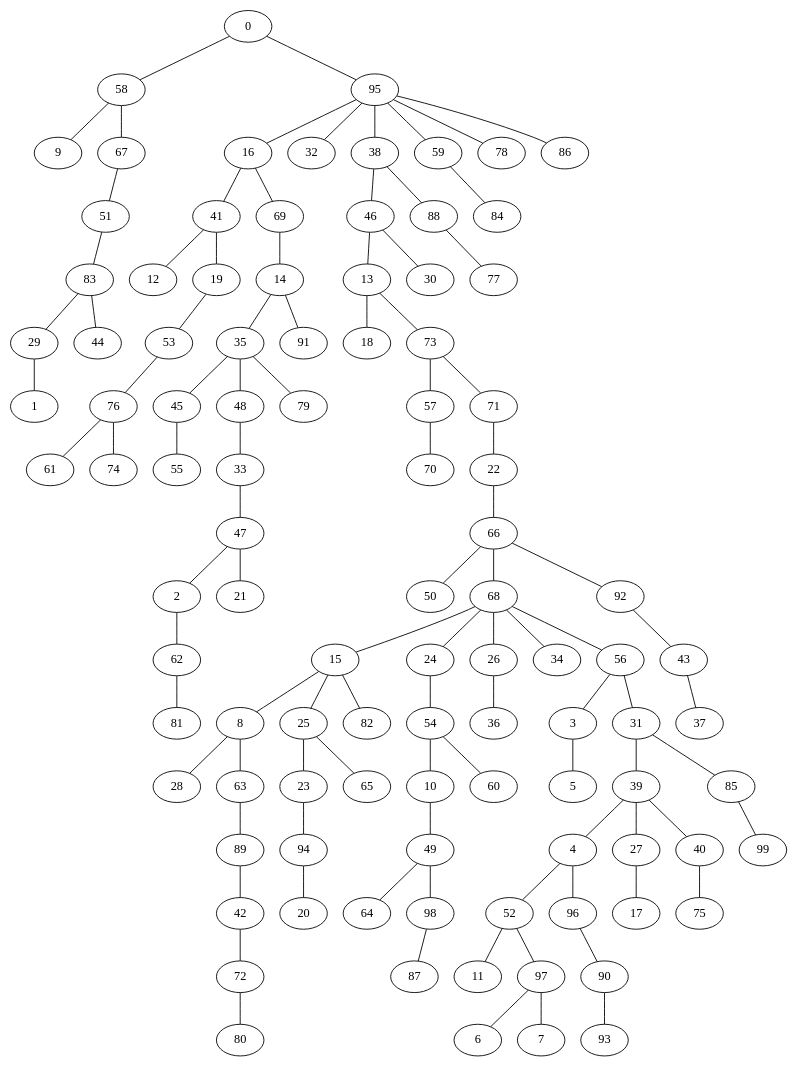
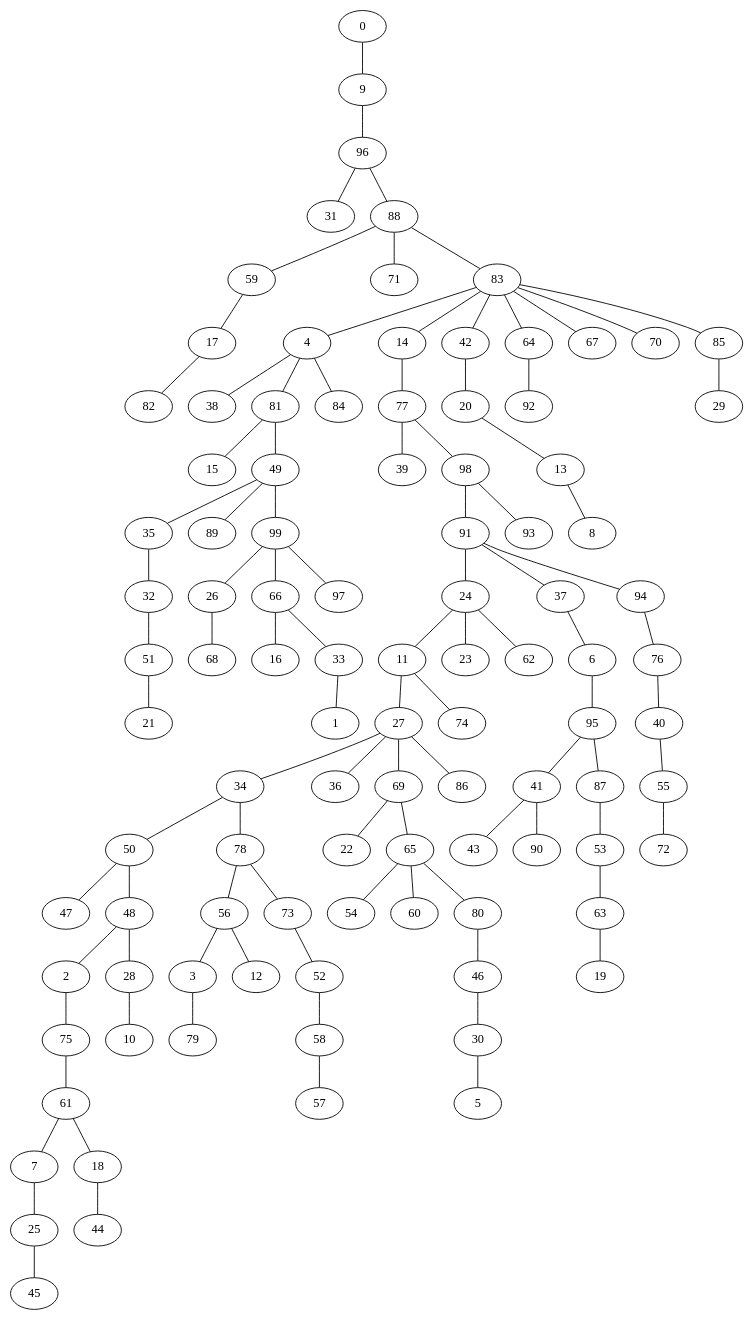
Before and after one commit to VillegasGG/greedy-firefighter-problem: the diagram in pygrapghviz.dot, drawn with Graphviz. The commit also changed 3 other files, not shown here.

```diff
--- a/pygrapghviz.dot
+++ b/pygrapghviz.dot
@@ -1,101 +1,101 @@
 strict graph "" {
-	0 -- 58;
-	0 -- 95;
-	58 -- 9;
-	58 -- 67;
-	95 -- 16;
-	95 -- 32;
-	95 -- 38;
-	95 -- 59;
-	95 -- 78;
-	95 -- 86;
-	16 -- 41;
-	16 -- 69;
-	38 -- 46;
-	38 -- 88;
-	59 -- 84;
-	46 -- 13;
+	0 -- 9;
+	9 -- 96;
+	96 -- 31;
+	96 -- 88;
+	88 -- 59;
+	88 -- 71;
+	88 -- 83;
+	59 -- 17;
+	83 -- 4;
+	83 -- 14;
+	83 -- 42;
+	83 -- 64;
+	83 -- 67;
+	83 -- 70;
+	83 -- 85;
+	4 -- 38;
+	4 -- 81;
+	4 -- 84;
+	14 -- 77;
+	42 -- 20;
+	64 -- 92;
+	85 -- 29;
+	20 -- 13;
+	13 -- 8;
+	77 -- 39;
+	77 -- 98;
+	98 -- 91;
+	98 -- 93;
+	91 -- 24;
+	91 -- 37;
+	91 -- 94;
+	24 -- 11;
+	24 -- 23;
+	24 -- 62;
+	37 -- 6;
+	94 -- 76;
+	76 -- 40;
+	40 -- 55;
+	55 -- 72;
+	6 -- 95;
+	95 -- 41;
+	95 -- 87;
+	41 -- 43;
+	41 -- 90;
+	87 -- 53;
+	53 -- 63;
+	63 -- 19;
+	11 -- 27;
+	11 -- 74;
+	27 -- 34;
+	27 -- 36;
+	27 -- 69;
+	27 -- 86;
+	34 -- 50;
+	34 -- 78;
+	69 -- 22;
+	69 -- 65;
+	65 -- 54;
+	65 -- 60;
+	65 -- 80;
+	80 -- 46;
 	46 -- 30;
-	88 -- 77;
-	13 -- 18;
-	13 -- 73;
-	73 -- 57;
-	73 -- 71;
-	57 -- 70;
-	71 -- 22;
-	22 -- 66;
-	66 -- 50;
-	66 -- 68;
-	66 -- 92;
-	68 -- 15;
-	68 -- 24;
-	68 -- 26;
-	68 -- 34;
-	68 -- 56;
-	92 -- 43;
-	43 -- 37;
-	15 -- 8;
-	15 -- 25;
-	15 -- 82;
-	24 -- 54;
-	26 -- 36;
+	30 -- 5;
+	50 -- 47;
+	50 -- 48;
+	78 -- 56;
+	78 -- 73;
 	56 -- 3;
-	56 -- 31;
-	3 -- 5;
-	31 -- 39;
-	31 -- 85;
-	39 -- 4;
-	39 -- 27;
-	39 -- 40;
-	85 -- 99;
-	4 -- 52;
-	4 -- 96;
-	27 -- 17;
-	40 -- 75;
-	52 -- 11;
-	52 -- 97;
-	96 -- 90;
-	90 -- 93;
-	97 -- 6;
-	97 -- 7;
-	54 -- 10;
-	54 -- 60;
-	10 -- 49;
-	49 -- 64;
-	49 -- 98;
-	98 -- 87;
-	8 -- 28;
-	8 -- 63;
-	25 -- 23;
-	25 -- 65;
-	23 -- 94;
-	94 -- 20;
-	63 -- 89;
-	89 -- 42;
-	42 -- 72;
-	72 -- 80;
-	41 -- 12;
-	41 -- 19;
-	69 -- 14;
-	14 -- 35;
-	14 -- 91;
-	35 -- 45;
-	35 -- 48;
-	35 -- 79;
-	45 -- 55;
-	48 -- 33;
-	33 -- 47;
-	47 -- 2;
-	47 -- 21;
-	2 -- 62;
-	62 -- 81;
-	19 -- 53;
-	53 -- 76;
-	76 -- 61;
-	76 -- 74;
-	67 -- 51;
-	51 -- 83;
-	83 -- 29;
-	83 -- 44;
-	29 -- 1;
+	56 -- 12;
+	73 -- 52;
+	52 -- 58;
+	58 -- 57;
+	3 -- 79;
+	48 -- 2;
+	48 -- 28;
+	2 -- 75;
+	28 -- 10;
+	75 -- 61;
+	61 -- 7;
+	61 -- 18;
+	7 -- 25;
+	18 -- 44;
+	25 -- 45;
+	81 -- 15;
+	81 -- 49;
+	49 -- 35;
+	49 -- 89;
+	49 -- 99;
+	35 -- 32;
+	99 -- 26;
+	99 -- 66;
+	99 -- 97;
+	26 -- 68;
+	66 -- 16;
+	66 -- 33;
+	33 -- 1;
+	32 -- 51;
+	51 -- 21;
+	17 -- 82;
 }
```
